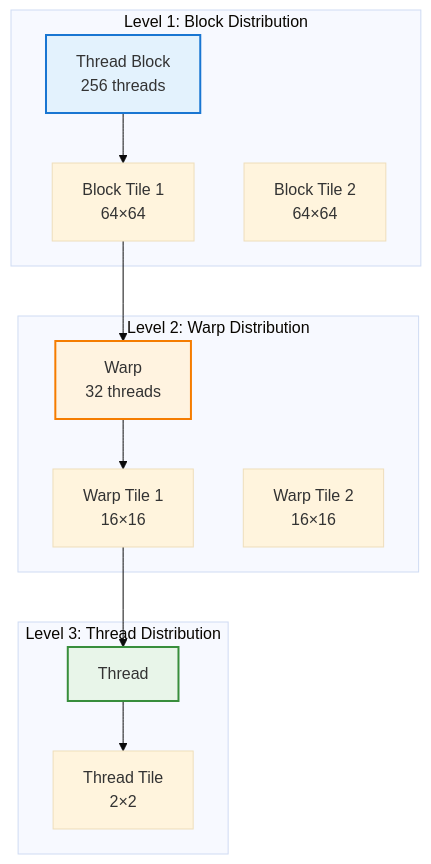
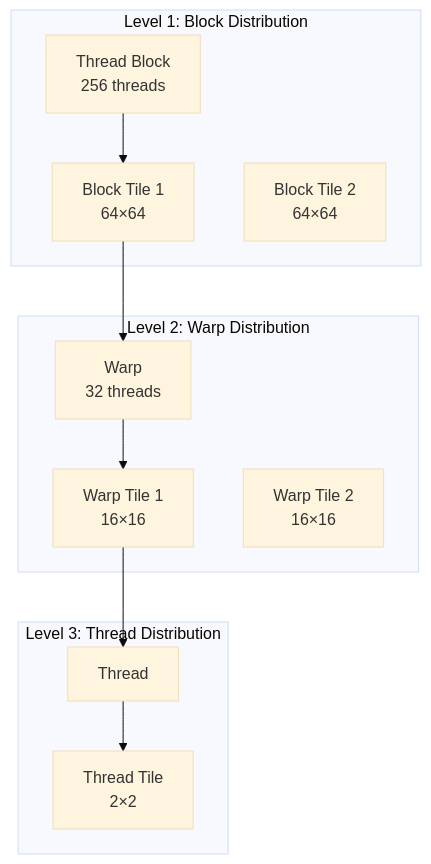
The fourth of 7 diagrams in projects/composablekernel/docs/conceptual/ck_tile/tile_distribution.rst (hdt98/rocm-libraries), drawn with Mermaid (base theme) before and after one commit. The commit also changed other lines of this file and 21 other files, not shown here.

First line of the commit message:
[ck] Updated CK Tile documentation to use mermaid diagrams (#7955)

```diff
--- a/projects/composablekernel/docs/conceptual/ck_tile/tile_distribution.rst
+++ b/projects/composablekernel/docs/conceptual/ck_tile/tile_distribution.rst
@@ -375,29 +324,25 @@
-      .. mermaid::
-      
-         graph TB
-             subgraph "Level 1: Block Distribution"
-                 B["Thread Block<br/>256 threads"]
-                 BT1["Block Tile 1<br/>64×64"]
-                 BT2["Block Tile 2<br/>64×64"]
-             end
-   
-             subgraph "Level 2: Warp Distribution"
-                 W["Warp<br/>32 threads"]
-                 WT1["Warp Tile 1<br/>16×16"]
-                 WT2["Warp Tile 2<br/>16×16"]
-             end
-   
-             subgraph "Level 3: Thread Distribution"
-                 T["Thread"]
-                 TT["Thread Tile<br/>2×2"]
-             end
-   
-             B --> BT1
-             BT1 --> W
-             W --> WT1
-             WT1 --> T
-             T --> TT
-   
-             style B fill:#e3f2fd,stroke:#1976d2,stroke-width:2px
-             style W fill:#fff3e0,stroke:#f57c00,stroke-width:2px
-             style T fill:#e8f5e9,stroke:#388e3c,stroke-width:2px
+.. mermaid::
+
+   graph TB
+       subgraph "Level 1: Block Distribution"
+           B["Thread Block<br/>256 threads"]
+           BT1["Block Tile 1<br/>64×64"]
+           BT2["Block Tile 2<br/>64×64"]
+       end
+
+       subgraph "Level 2: Warp Distribution"
+           W["Warp<br/>32 threads"]
+           WT1["Warp Tile 1<br/>16×16"]
+           WT2["Warp Tile 2<br/>16×16"]
+       end
+
+       subgraph "Level 3: Thread Distribution"
+           T["Thread"]
+           TT["Thread Tile<br/>2×2"]
+       end
+
+       B --> BT1
+       BT1 --> W
+       W --> WT1
+       WT1 --> T
+       T --> TT
```
